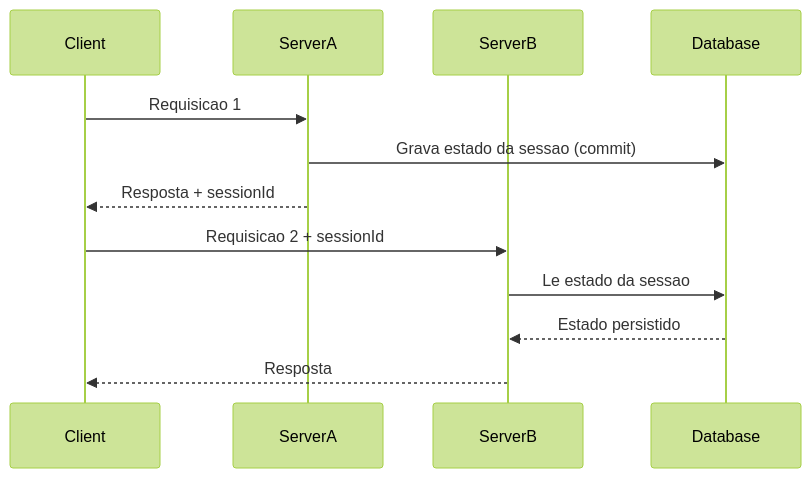
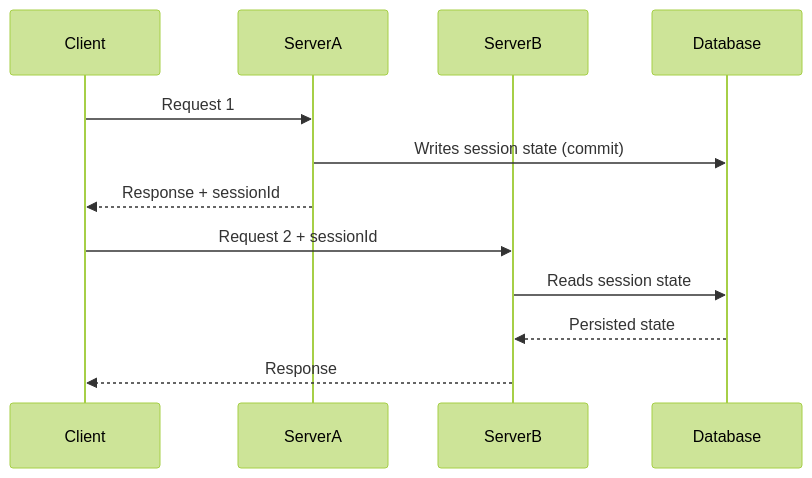
Before and after one commit to alancesar/design-patterns: the diagram in docs/application/poeaa/session-state/database-session-state.md, drawn with Mermaid (forest theme). The commit also changed 258 other files, not shown here.

First line of the commit message:
Translate Mermaid diagrams to English

````diff
--- a/docs/application/poeaa/session-state/database-session-state.md
+++ b/docs/application/poeaa/session-state/database-session-state.md
@@ -58,14 +58,14 @@
 ```mermaid
 sequenceDiagram
     participant Client
     participant ServerA
     participant ServerB
     participant Database
-    Client->>ServerA: Requisicao 1
-    ServerA->>Database: Grava estado da sessao (commit)
-    ServerA-->>Client: Resposta + sessionId
-    Client->>ServerB: Requisicao 2 + sessionId
-    ServerB->>Database: Le estado da sessao
-    Database-->>ServerB: Estado persistido
-    ServerB-->>Client: Resposta
+    Client->>ServerA: Request 1
+    ServerA->>Database: Writes session state (commit)
+    ServerA-->>Client: Response + sessionId
+    Client->>ServerB: Request 2 + sessionId
+    ServerB->>Database: Reads session state
+    Database-->>ServerB: Persisted state
+    ServerB-->>Client: Response
 ```
````
